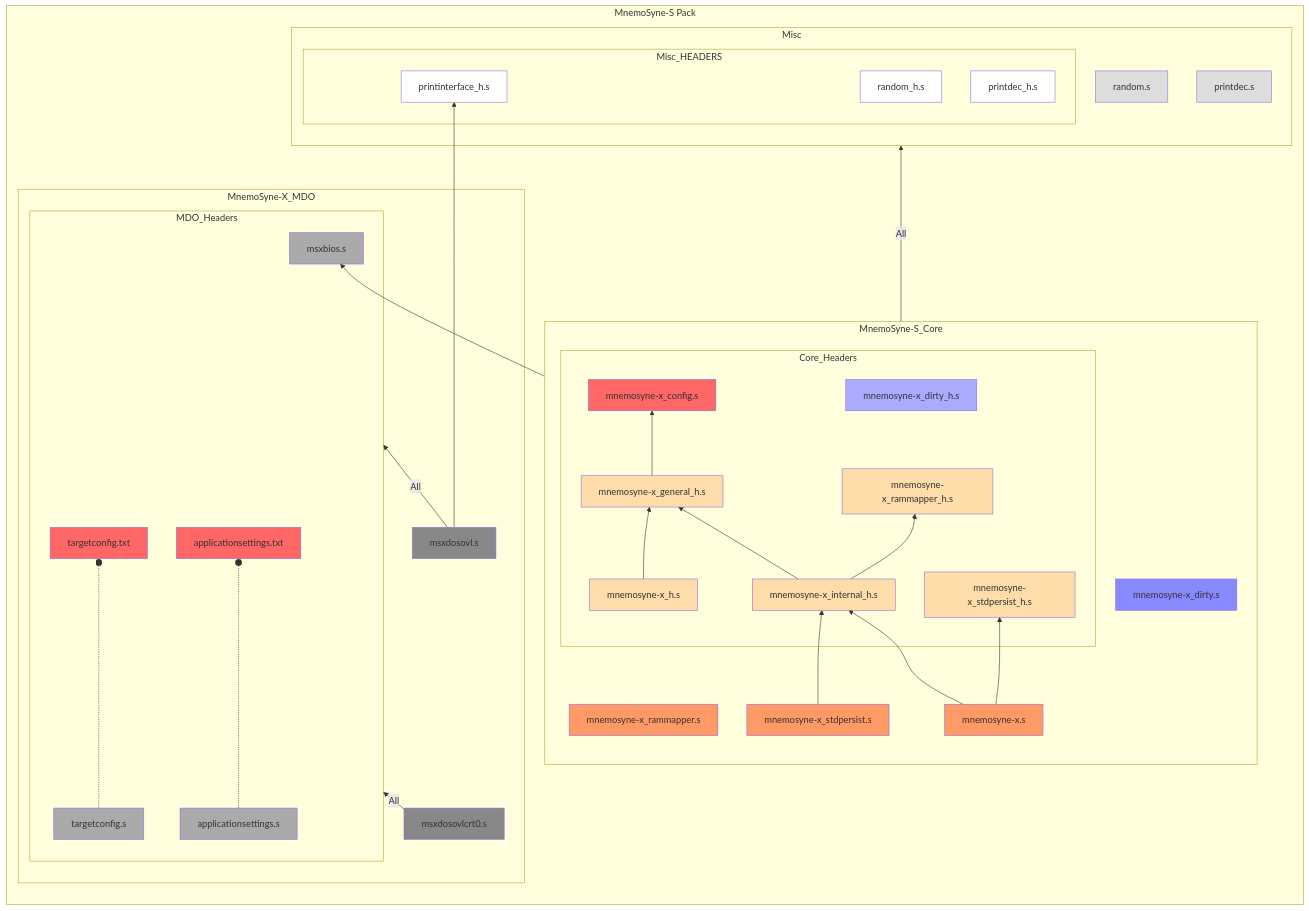
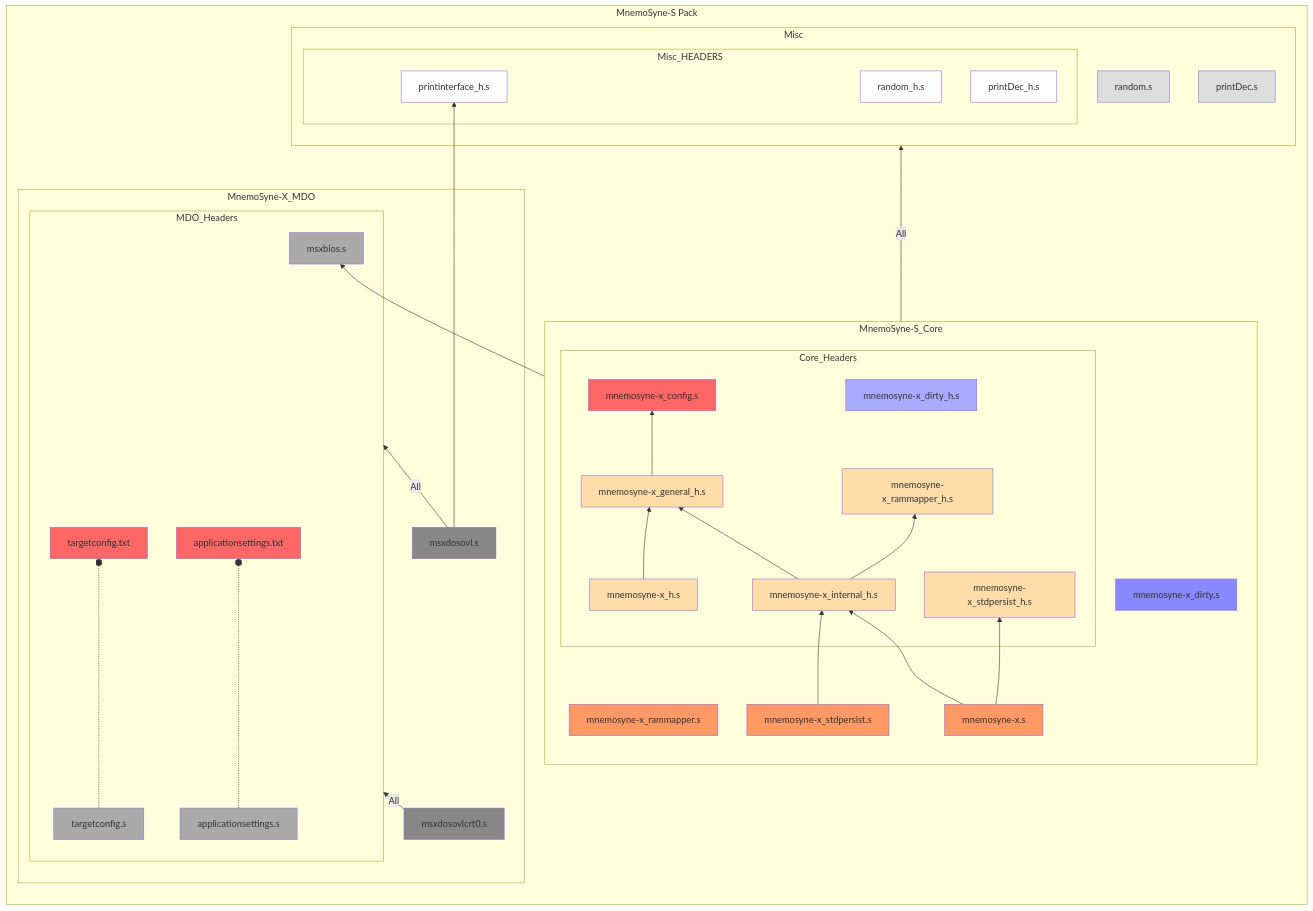
Before and after one commit to DamnedAngel/MnemoSyne-X: the diagram in README.md, drawn with Mermaid. The commit also changed other lines of this file and 12 other files, not shown here.

```diff
--- a/README.md
+++ b/README.md
@@ -74,11 +74,11 @@
         subgraph Misc
             subgraph Misc_HEADERS
                 RANDOM_H.S["random_h.s"]:::miscHeader
-                PRINTDEC_H.S["printdec_h.s"]:::miscHeader
+                printDec_H.S["printDec_h.s"]:::miscHeader
                 PRINTINTERFACE_H.S["printinterface_h.s"]:::miscHeader
             end
         RANDOM.S["random.s"]:::miscSource
-        PRINTDEC.S["printdec.s"]:::miscSource
+        printDec.S["printDec.s"]:::miscSource
         end
         
         subgraph MnemoSyne-X_MDO
```
